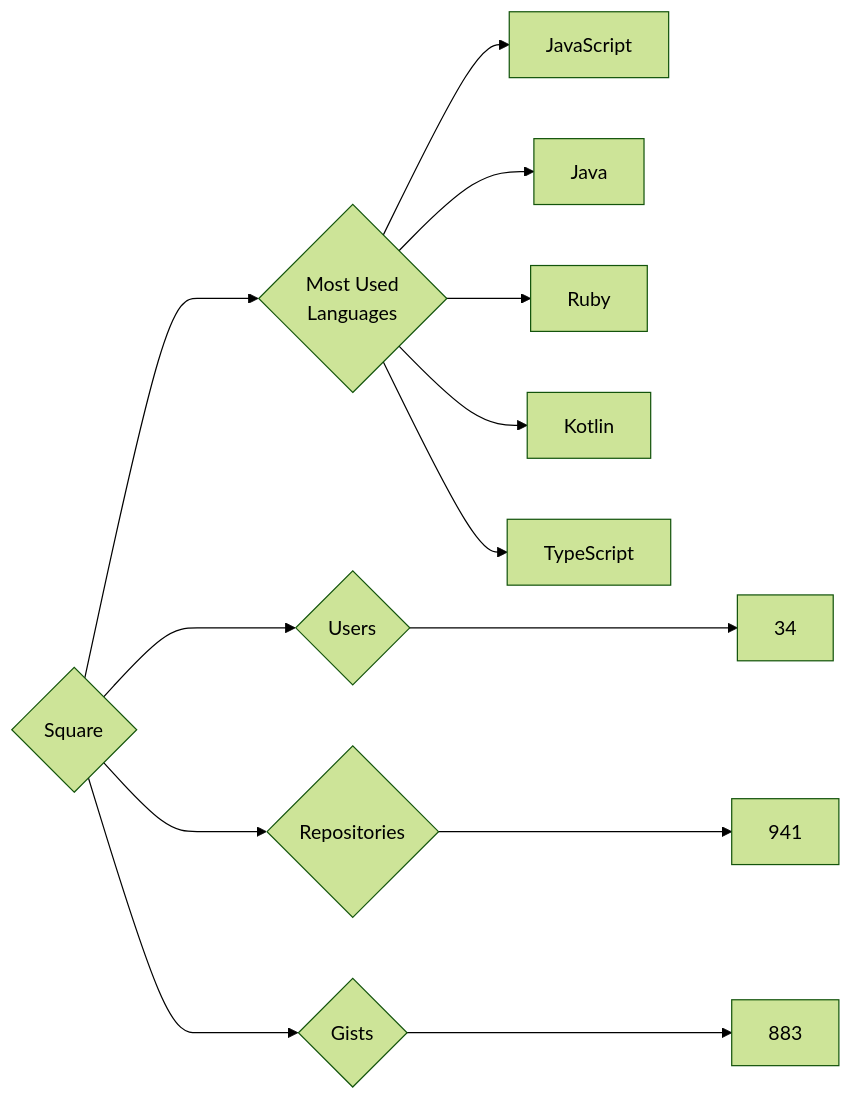
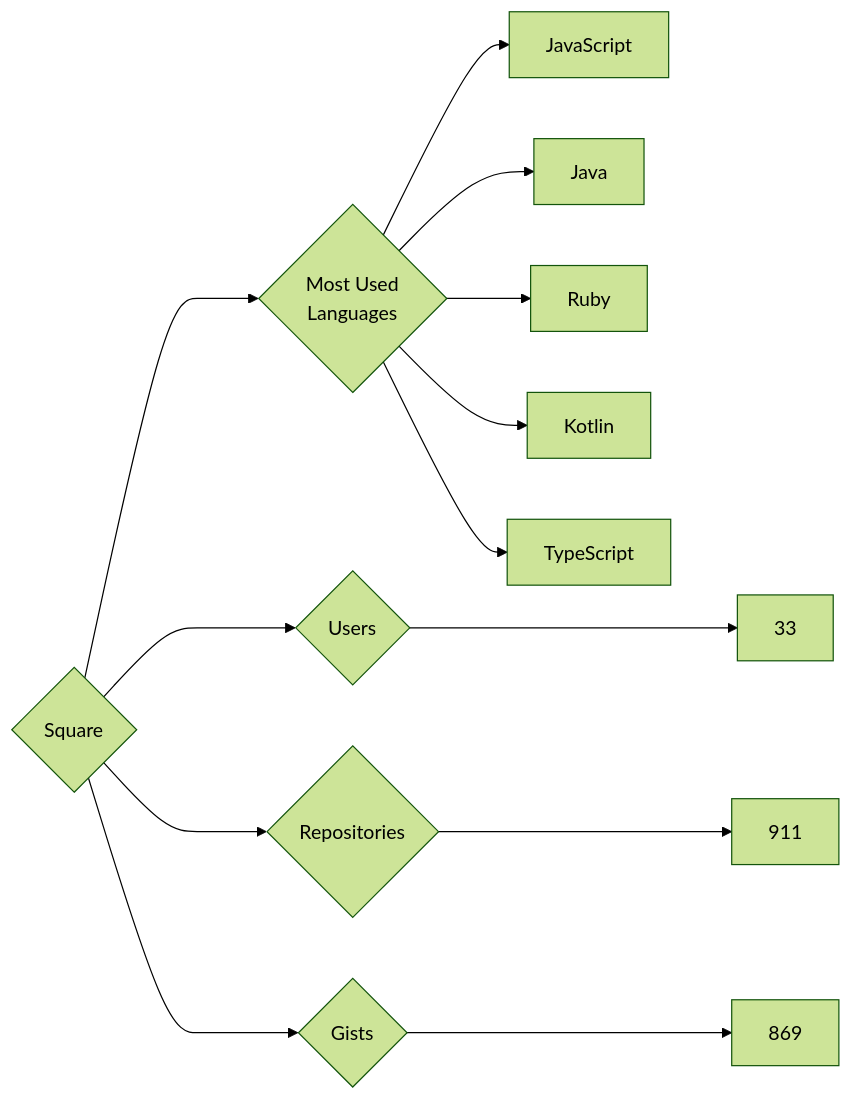
One commit to trickest/insiders changed the diagram in targets/Square/README.md. Above: the diagram before and after it, drawn with Mermaid (forest theme). The commit also changed 969 other files, not shown here.

````diff
--- a/targets/Square/README.md
+++ b/targets/Square/README.md
@@ -3,13 +3,13 @@
 ```mermaid
 graph LR
 COMPANY_NAME{Square}
-COMPANY_NAME ---> U{Users} ---> UN[34]
-COMPANY_NAME ---> R{Repositories} ---> RN[941]
-COMPANY_NAME ---> G{Gists} ---> GN[883]
+COMPANY_NAME ---> U{Users} ---> UN[33]
+COMPANY_NAME ---> R{Repositories} ---> RN[911]
+COMPANY_NAME ---> G{Gists} ---> GN[869]
 COMPANY_NAME ---> ML{Most Used<br>Languages}
 ML --> JavaScript[JavaScript]
 ML --> Java[Java]
 ML --> Ruby[Ruby]
 ML --> Kotlin[Kotlin]
 ML --> TypeScript[TypeScript]
 ```
````
